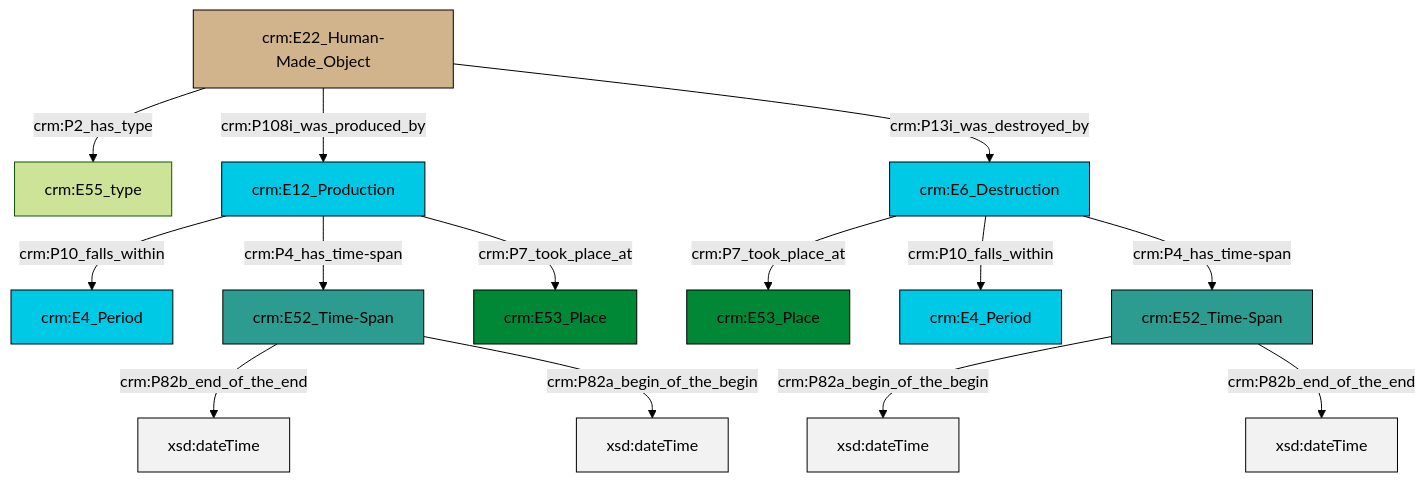
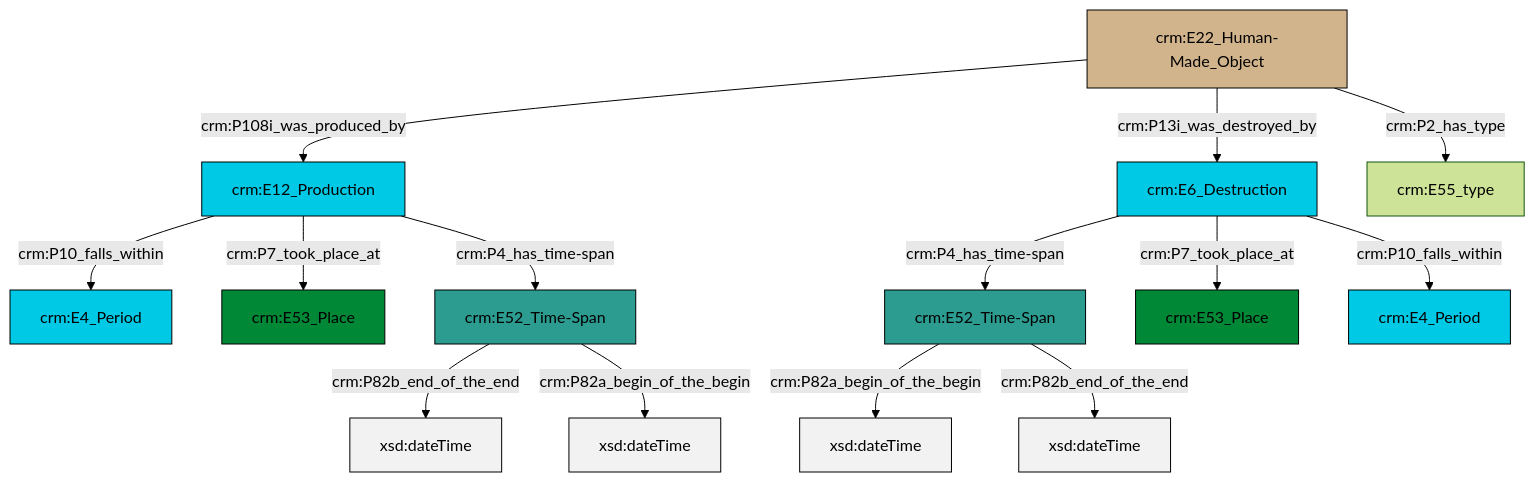
The diagram in et/builtWorkCSV/ttl/mmd/Built_Work_existence.ttl.mmd (swiss-art-research-net/reference-data-models), drawn with Mermaid (forest theme) before and after one commit. The commit also changed 128 other files, not shown here.

```diff
--- a/et/builtWorkCSV/ttl/mmd/Built_Work_existence.ttl.mmd
+++ b/et/builtWorkCSV/ttl/mmd/Built_Work_existence.ttl.mmd
@@ -1,28 +1,28 @@
 graph TD
 classDef Literal fill:#f2f2f2,stroke:#000000;
 classDef CRM_Entity fill:#FFFFFF,stroke:#000000;
 classDef Temporal_Entity fill:#00C9E6, stroke:#000000;
 classDef Type fill:#E18312, stroke:#000000;
 classDef Time-Span fill:#2C9C91, stroke:#000000;
 classDef Appellation fill:#FFEB7F, stroke:#000000;
 classDef Place fill:#008836, stroke:#000000;
 classDef Persistent_Item fill:#B266B2, stroke:#000000;
 classDef Conceptual_Object fill:#FFD700, stroke:#000000;
 classDef Physical_Thing fill:#D2B48C, stroke:#000000;
 classDef Actor fill:#f58aad, stroke:#000000;
 classDef PC_Classes fill:#4ce600, stroke:#000000;
 classDef Multi fill:#cccccc,stroke:#000000;
 
-2["crm:E12_Production"]:::Temporal_Entity -->|crm:P10_falls_within| 3["crm:E4_Period"]:::Temporal_Entity
-4["crm:E6_Destruction"]:::Temporal_Entity -->|crm:P7_took_place_at| 5["crm:E53_Place"]:::Place
-4["crm:E6_Destruction"]:::Temporal_Entity -->|crm:P10_falls_within| 6["crm:E4_Period"]:::Temporal_Entity
-11["crm:E52_Time-Span"]:::Time-Span -->|crm:P82b_end_of_the_end| 12[xsd:dateTime]:::Literal
-0["crm:E22_Human-Made_Object"]:::Physical_Thing -->|crm:P2_has_type| 9["crm:E55_type"]:::Default
-11["crm:E52_Time-Span"]:::Time-Span -->|crm:P82a_begin_of_the_begin| 13[xsd:dateTime]:::Literal
-2["crm:E12_Production"]:::Temporal_Entity -->|crm:P4_has_time-span| 11["crm:E52_Time-Span"]:::Time-Span
-0["crm:E22_Human-Made_Object"]:::Physical_Thing -->|crm:P108i_was_produced_by| 2["crm:E12_Production"]:::Temporal_Entity
-16["crm:E52_Time-Span"]:::Time-Span -->|crm:P82a_begin_of_the_begin| 19[xsd:dateTime]:::Literal
-0["crm:E22_Human-Made_Object"]:::Physical_Thing -->|crm:P13i_was_destroyed_by| 4["crm:E6_Destruction"]:::Temporal_Entity
-16["crm:E52_Time-Span"]:::Time-Span -->|crm:P82b_end_of_the_end| 21[xsd:dateTime]:::Literal
-2["crm:E12_Production"]:::Temporal_Entity -->|crm:P7_took_place_at| 7["crm:E53_Place"]:::Place
-4["crm:E6_Destruction"]:::Temporal_Entity -->|crm:P4_has_time-span| 16["crm:E52_Time-Span"]:::Time-Span
+0["crm:E12_Production"]:::Temporal_Entity -->|crm:P10_falls_within| 1["crm:E4_Period"]:::Temporal_Entity
+0["crm:E12_Production"]:::Temporal_Entity -->|crm:P7_took_place_at| 3["crm:E53_Place"]:::Place
+4["crm:E52_Time-Span"]:::Time-Span -->|crm:P82b_end_of_the_end| 5[xsd:dateTime]:::Literal
+12["crm:E52_Time-Span"]:::Time-Span -->|crm:P82a_begin_of_the_begin| 13[xsd:dateTime]:::Literal
+8["crm:E22_Human-Made_Object"]:::Physical_Thing -->|crm:P108i_was_produced_by| 0["crm:E12_Production"]:::Temporal_Entity
+0["crm:E12_Production"]:::Temporal_Entity -->|crm:P4_has_time-span| 4["crm:E52_Time-Span"]:::Time-Span
+8["crm:E22_Human-Made_Object"]:::Physical_Thing -->|crm:P13i_was_destroyed_by| 6["crm:E6_Destruction"]:::Temporal_Entity
+4["crm:E52_Time-Span"]:::Time-Span -->|crm:P82a_begin_of_the_begin| 19[xsd:dateTime]:::Literal
+6["crm:E6_Destruction"]:::Temporal_Entity -->|crm:P7_took_place_at| 17["crm:E53_Place"]:::Place
+8["crm:E22_Human-Made_Object"]:::Physical_Thing -->|crm:P2_has_type| 10["crm:E55_type"]:::Default
+12["crm:E52_Time-Span"]:::Time-Span -->|crm:P82b_end_of_the_end| 22[xsd:dateTime]:::Literal
+6["crm:E6_Destruction"]:::Temporal_Entity -->|crm:P4_has_time-span| 12["crm:E52_Time-Span"]:::Time-Span
+6["crm:E6_Destruction"]:::Temporal_Entity -->|crm:P10_falls_within| 20["crm:E4_Period"]:::Temporal_Entity
```
